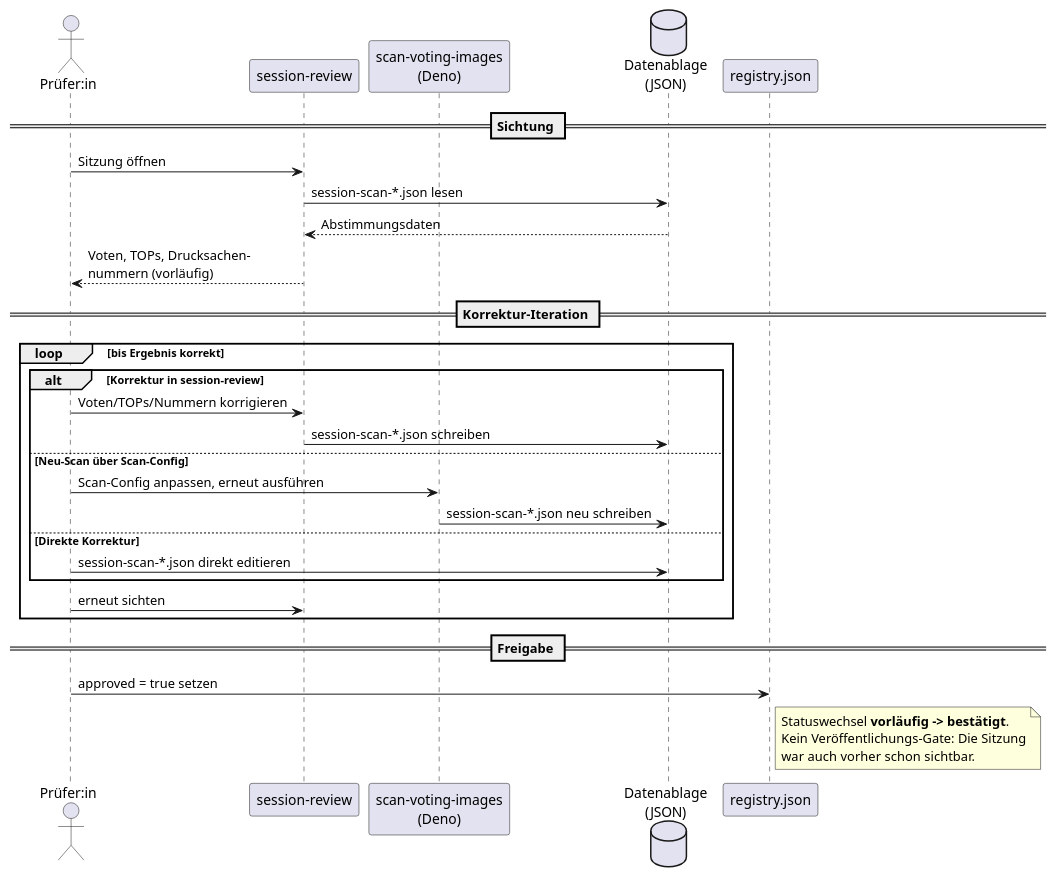
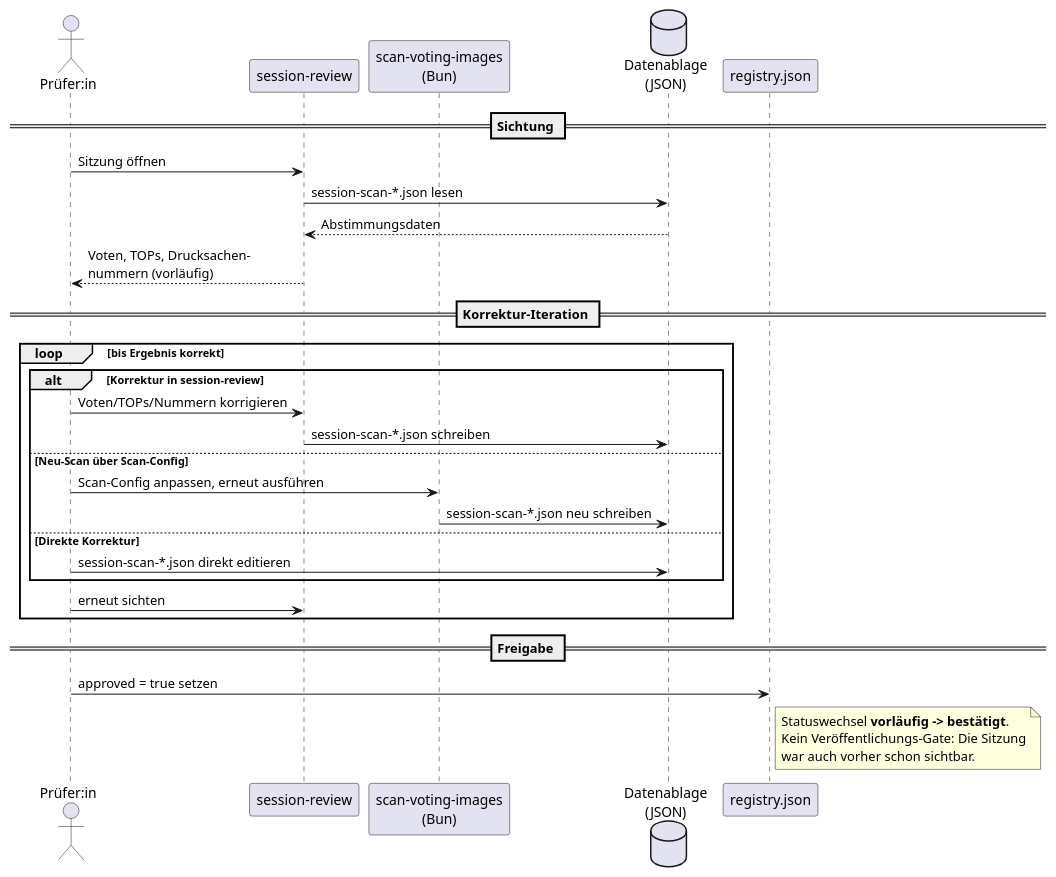
One commit to ungeschneuer/StadtratWatch-Leipzig changed the diagram in docs/arc42/06-laufzeitsicht/04-pruefung-und-freigabe.adoc. Above: the diagram before and after it, drawn with PlantUML. The commit also changed 23 other files, not shown here.

First line of the commit message:
Move scan-voting-images to Bun (fast-png instead of canvas) (#577)

```diff
--- a/docs/arc42/06-laufzeitsicht/04-pruefung-und-freigabe.adoc
+++ b/docs/arc42/06-laufzeitsicht/04-pruefung-und-freigabe.adoc
@@ -25,39 +25,39 @@
 [plantuml,lz-pruefung-freigabe,svg]
 ....
 @startuml
 skinparam shadowing false
 actor "Prüfer:in" as Mensch
 participant "session-review" as UI
-participant "scan-voting-images\n(Deno)" as Scan
+participant "scan-voting-images\n(Bun)" as Scan
 database "Datenablage\n(JSON)" as Data
 participant "registry.json" as Reg
 
 == Sichtung ==
 Mensch -> UI : Sitzung öffnen
 UI -> Data : session-scan-*.json lesen
 Data --> UI : Abstimmungsdaten
 UI --> Mensch : Voten, TOPs, Drucksachen-\nnummern (vorläufig)
 
 == Korrektur-Iteration ==
 loop bis Ergebnis korrekt
   alt Korrektur in session-review
     Mensch -> UI : Voten/TOPs/Nummern korrigieren
     UI -> Data : session-scan-*.json schreiben
   else Neu-Scan über Scan-Config
     Mensch -> Scan : Scan-Config anpassen, erneut ausführen
     Scan -> Data : session-scan-*.json neu schreiben
   else Direkte Korrektur
     Mensch -> Data : session-scan-*.json direkt editieren
   end
   Mensch -> UI : erneut sichten
 end
 
 == Freigabe ==
 Mensch -> Reg : approved = true setzen
 note right of Reg
   Statuswechsel **vorläufig -> bestätigt**.
   Kein Veröffentlichungs-Gate: Die Sitzung
   war auch vorher schon sichtbar.
 end note
 @enduml
 ....
```
